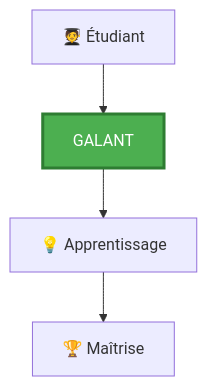
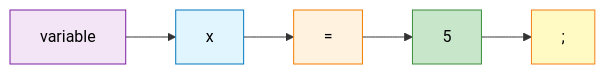
One commit to Yahia995/galant-compiler changed the third of 13 diagrams in ARCHITECTURE.md. Above: the diagram before and after it, drawn with Mermaid. The commit also changed other lines of this file, not shown here.

````diff
--- a/ARCHITECTURE.md
+++ b/ARCHITECTURE.md
@@ -46,8 +279,13 @@
 ```mermaid
-graph TD
-    A[🧑‍🎓 Étudiant] --> B[GALANT]
-    B --> C[💡 Apprentissage]
-    C --> D[🏆 Maîtrise]
+graph LR
+    A["variable"] --> B["x"]
+    B --> C["="]
+    C --> D["5"]
+    D --> E[";"]
     
-    style B fill:#4CAF50,stroke:#2E7D32,stroke-width:3px,color:#ffffff
+    style A fill:#f3e5f5,stroke:#7b1fa2,color:#000
+    style B fill:#e1f5ff,stroke:#0277bd,color:#000
+    style C fill:#fff3e0,stroke:#f57c00,color:#000
+    style D fill:#c8e6c9,stroke:#388e3c,color:#000
+    style E fill:#fff9c4,stroke:#f57f17,color:#000
 ```
````
